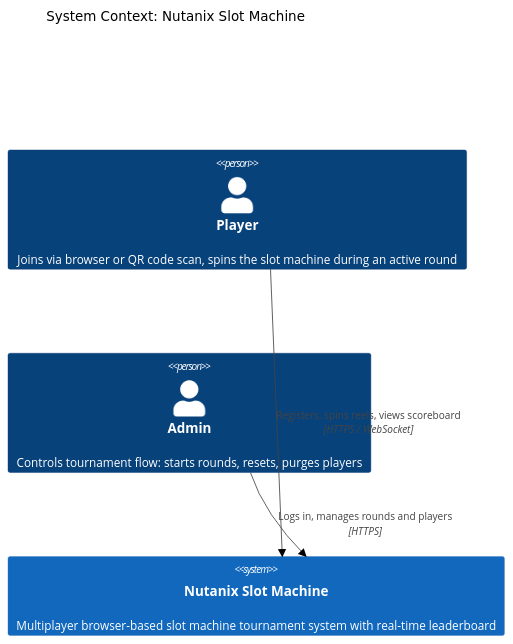
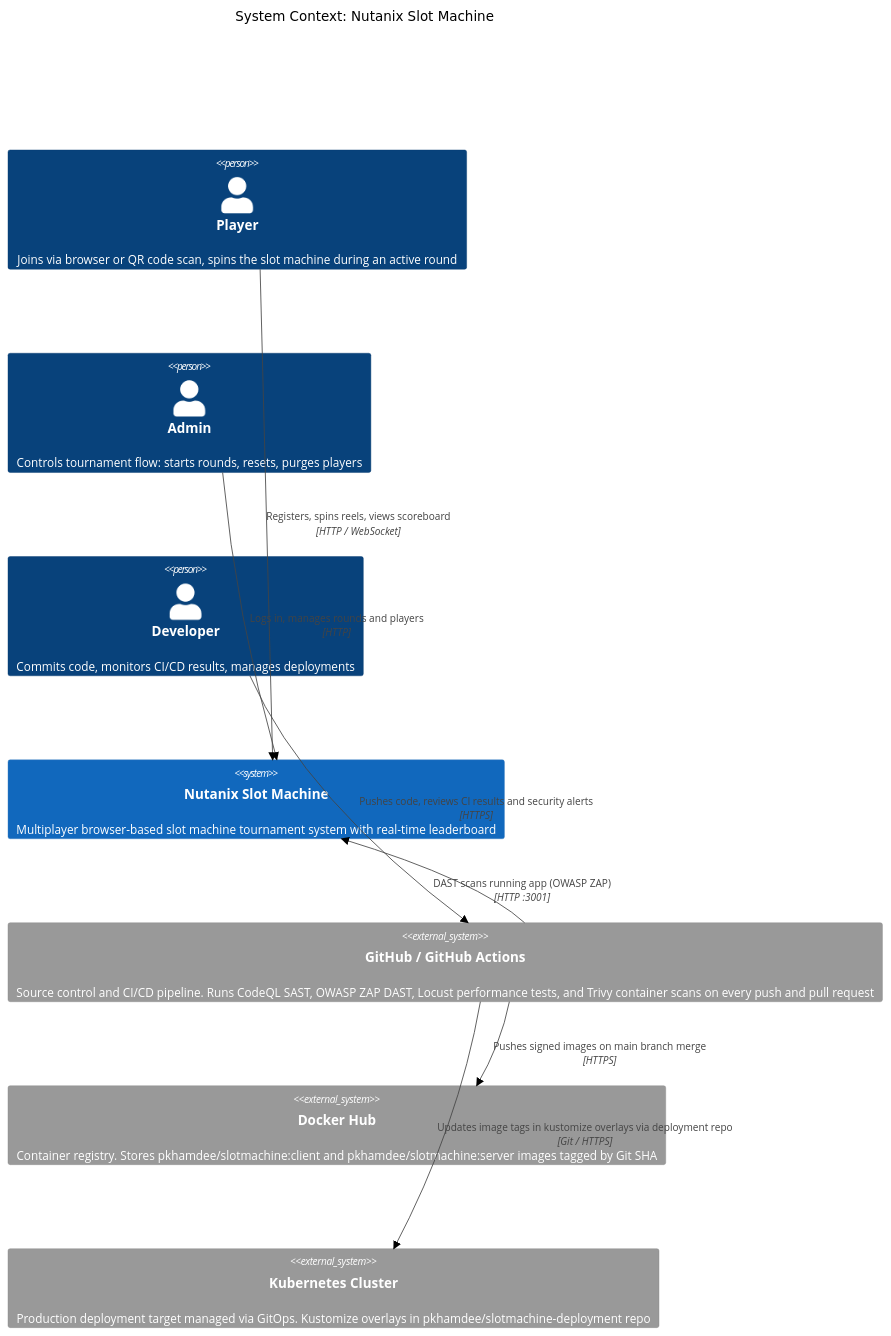
The first of 8 diagrams in C4_DIAGRAM.md (pkhamdee/slotmachine), drawn with Mermaid (neutral theme) before and after one commit. The commit also changed other lines of this file, not shown here.

First line of the commit message:
docs: update C4_DIAGRAM.md to reflect current architecture

````diff
--- a/C4_DIAGRAM.md
+++ b/C4_DIAGRAM.md
@@ -7,12 +7,21 @@
 ```mermaid
 C4Context
   title System Context: Nutanix Slot Machine
 
   Person(player, "Player", "Joins via browser or QR code scan, spins the slot machine during an active round")
   Person(admin, "Admin", "Controls tournament flow: starts rounds, resets, purges players")
+  Person(developer, "Developer", "Commits code, monitors CI/CD results, manages deployments")
 
   System(slotmachine, "Nutanix Slot Machine", "Multiplayer browser-based slot machine tournament system with real-time leaderboard")
 
-  Rel(player, slotmachine, "Registers, spins reels, views scoreboard", "HTTPS / WebSocket")
-  Rel(admin, slotmachine, "Logs in, manages rounds and players", "HTTPS")
+  System_Ext(github, "GitHub / GitHub Actions", "Source control and CI/CD pipeline. Runs CodeQL SAST, OWASP ZAP DAST, Locust performance tests, and Trivy container scans on every push and pull request")
+  System_Ext(dockerhub, "Docker Hub", "Container registry. Stores pkhamdee/slotmachine:client and pkhamdee/slotmachine:server images tagged by Git SHA")
+  System_Ext(k8s, "Kubernetes Cluster", "Production deployment target managed via GitOps. Kustomize overlays in pkhamdee/slotmachine-deployment repo")
+
+  Rel(player, slotmachine, "Registers, spins reels, views scoreboard", "HTTP / WebSocket")
+  Rel(admin, slotmachine, "Logs in, manages rounds and players", "HTTP")
+  Rel(developer, github, "Pushes code, reviews CI results and security alerts", "HTTPS")
+  Rel(github, slotmachine, "DAST scans running app (OWASP ZAP)", "HTTP :3001")
+  Rel(github, dockerhub, "Pushes signed images on main branch merge", "HTTPS")
+  Rel(github, k8s, "Updates image tags in kustomize overlays via deployment repo", "Git / HTTPS")
 ```
````
